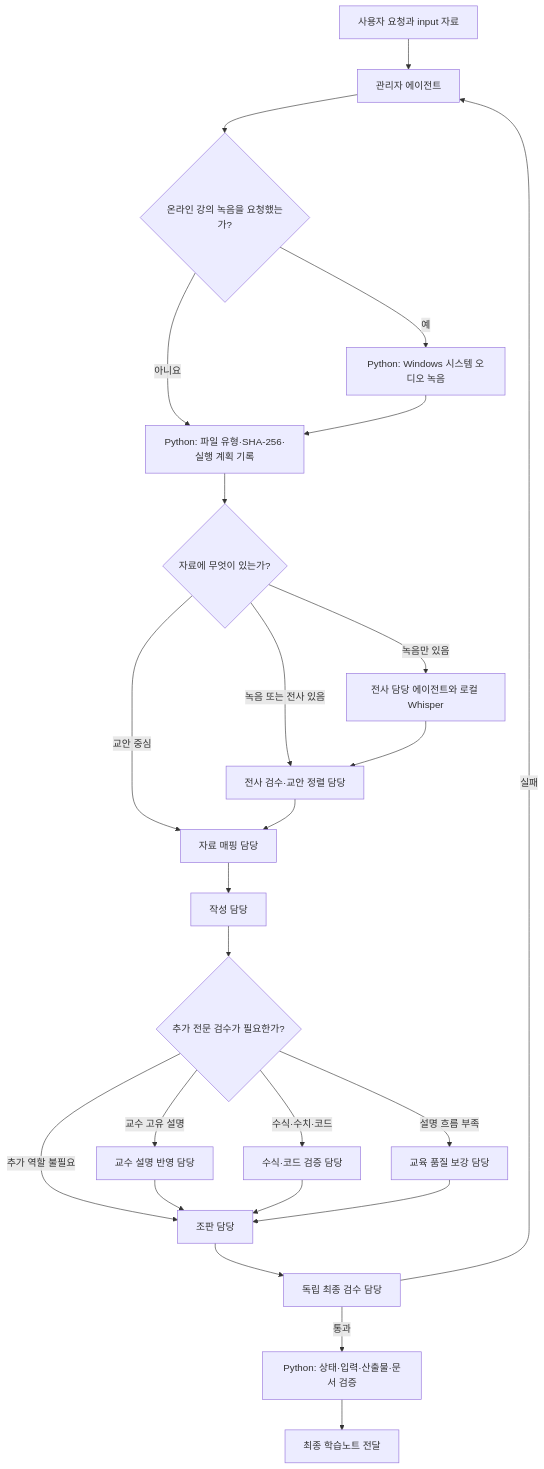
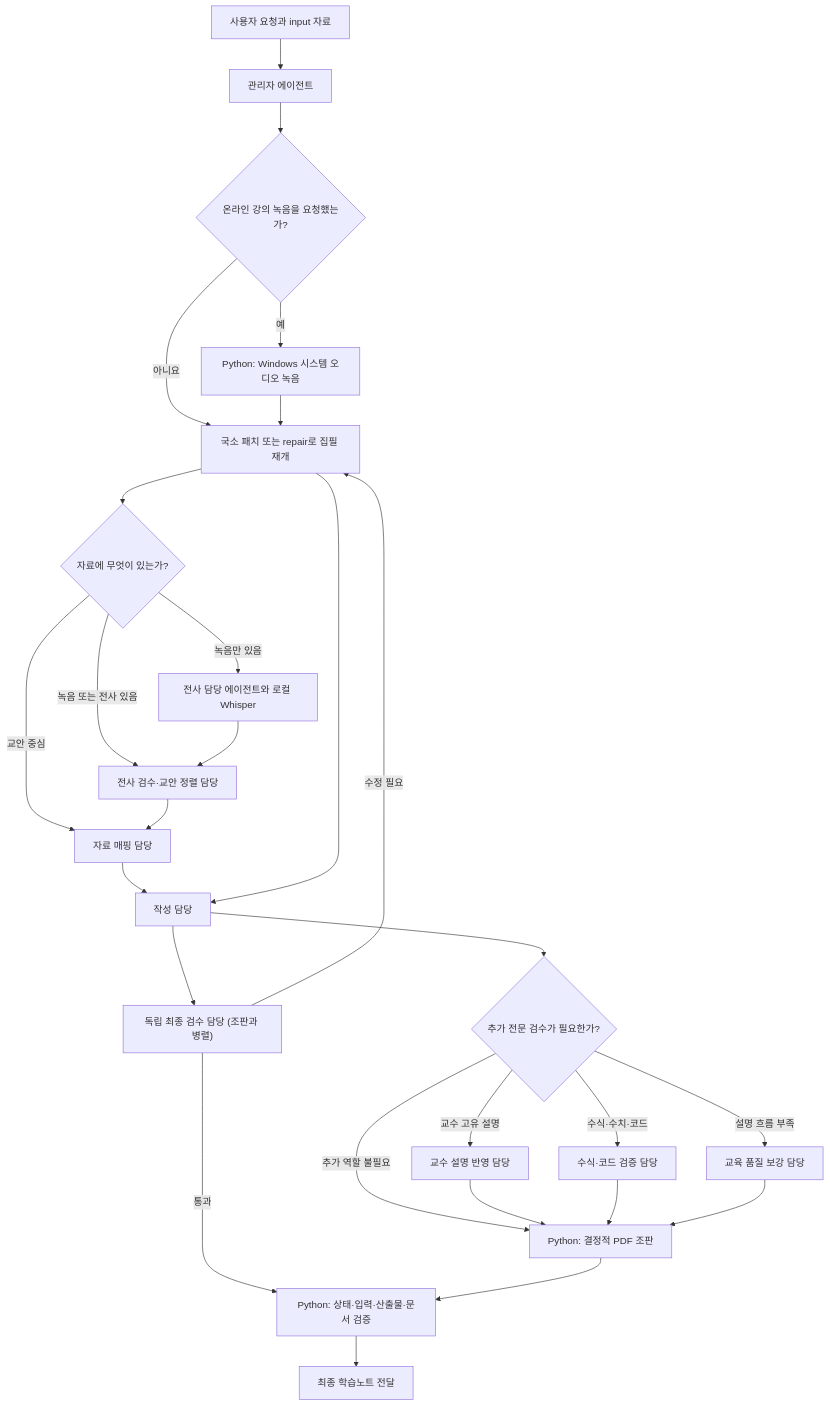
Before and after one commit to choconyam/gongbu-haja: the diagram in README.md, drawn with Mermaid. The commit also changed other lines of this file and 18 other files, not shown here.

````diff
--- a/README.md
+++ b/README.md
@@ -201,27 +201,29 @@
 ```mermaid
 flowchart TD
     U["사용자 요청과 input 자료"] --> M["관리자 에이전트"]
     M --> Q{"온라인 강의 녹음을 요청했는가?"}
     Q -->|"예"| G["Python: Windows 시스템 오디오 녹음"]
     Q -->|"아니요"| P["Python: 파일 유형·SHA-256·실행 계획 기록"]
     G --> P
     P --> D{"자료에 무엇이 있는가?"}
     D -->|"녹음만 있음"| T["전사 담당 에이전트와 로컬 Whisper"]
     D -->|"녹음 또는 전사 있음"| A["전사 검수·교안 정렬 담당"]
     D -->|"교안 중심"| S["자료 매핑 담당"]
     T --> A
     A --> S
     S --> W["작성 담당"]
+    W --> R["독립 최종 검수 담당 (조판과 병렬)"]
     W --> C{"추가 전문 검수가 필요한가?"}
     C -->|"교수 고유 설명"| I["교수 설명 반영 담당"]
     C -->|"수식·수치·코드"| F["수식·코드 검증 담당"]
     C -->|"설명 흐름 부족"| E["교육 품질 보강 담당"]
-    C -->|"추가 역할 불필요"| L["조판 담당"]
+    C -->|"추가 역할 불필요"| L["Python: 결정적 PDF 조판"]
     I --> L
     F --> L
     E --> L
-    L --> R["독립 최종 검수 담당"]
-    R -->|"실패"| M
+    R -->|"수정 필요"| P["국소 패치 또는 repair로 집필 재개"]
+    P --> W
     R -->|"통과"| V["Python: 상태·입력·산출물·문서 검증"]
+    L --> V
     V --> O["최종 학습노트 전달"]
 ```
````
